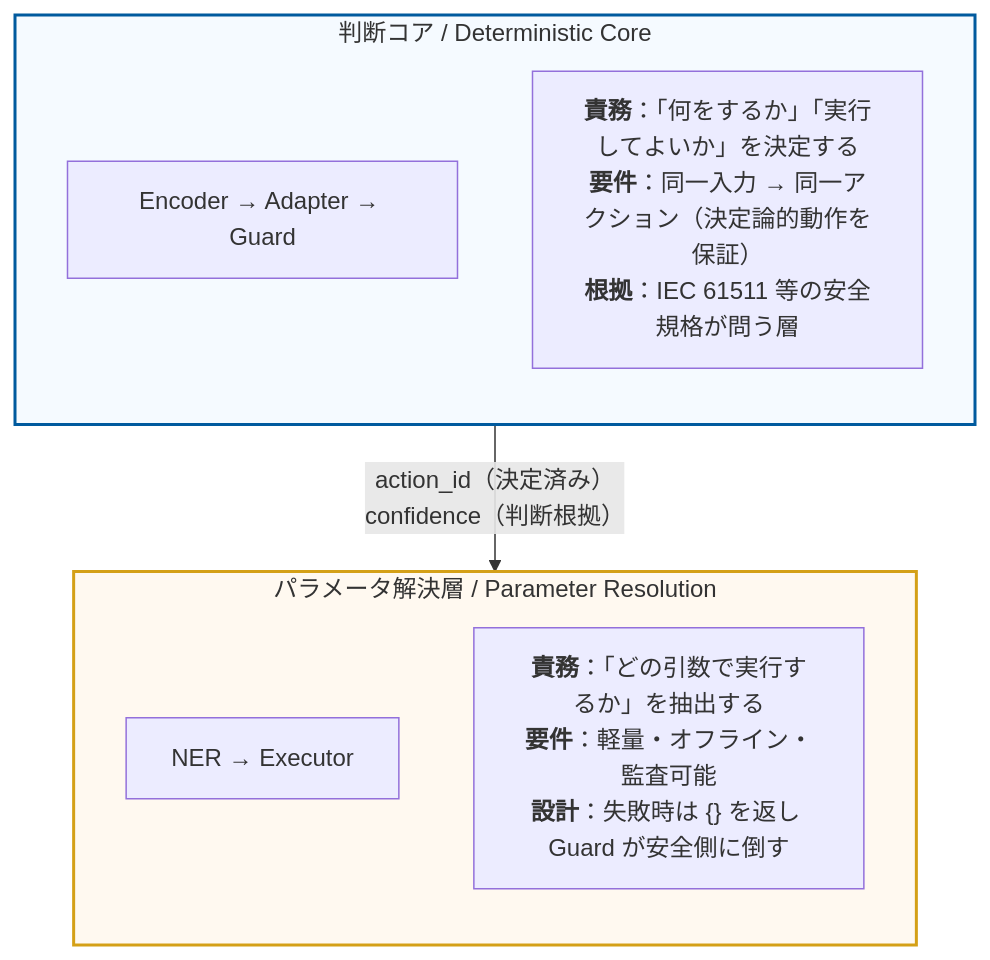
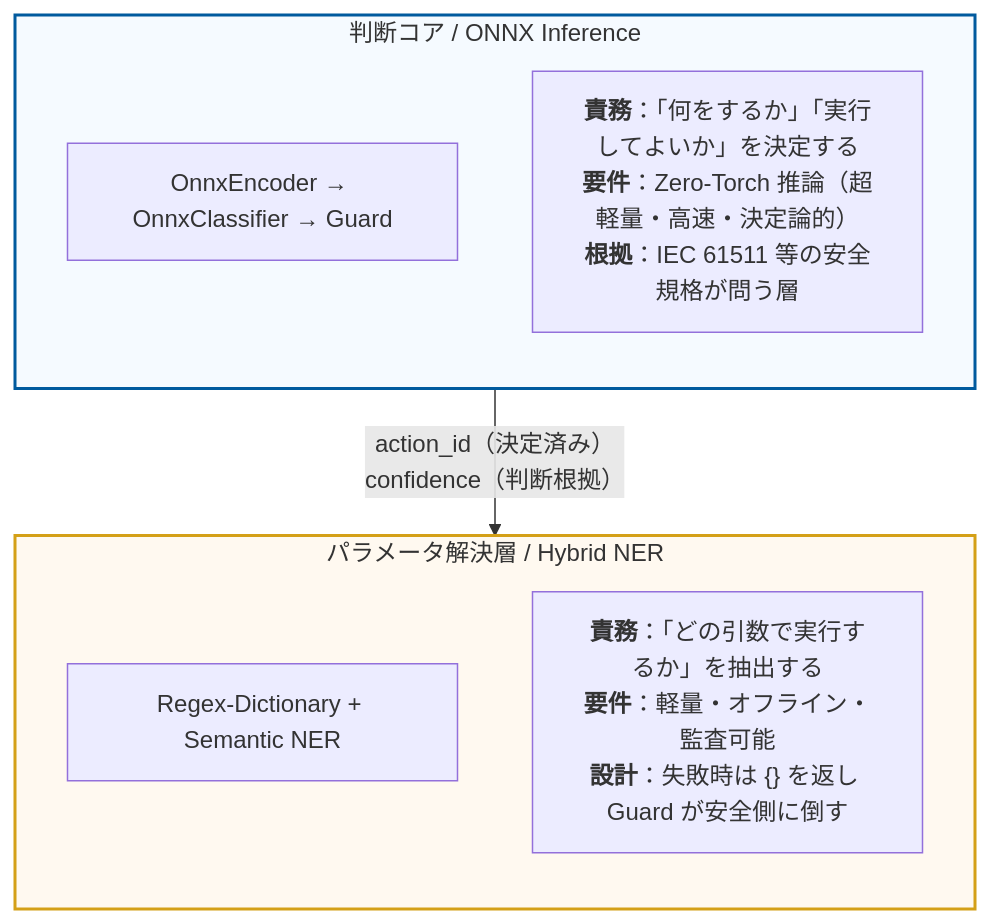
Before and after one commit to yosh95/deterministic-ai-agent: the second of 3 diagrams in README.md, drawn with Mermaid. The commit also changed other lines of this file and 18 other files, not shown here.

First line of the commit message:
feat: implement Hybrid ONNX system for zero-torch inference

````diff
--- a/README.md
+++ b/README.md
@@ -55,19 +45,19 @@
 ```mermaid
 flowchart TD
-    subgraph Core [判断コア / Deterministic Core]
+    subgraph Core [判断コア / ONNX Inference]
         direction TB
-        C1["Encoder → Adapter → Guard"]
-        C2["<b>責務</b>：「何をするか」「実行してよいか」を決定する<br/><b>要件</b>：同一入力 → 同一アクション（決定論的動作を保証）<br/><b>根拠</b>：IEC 61511 等の安全規格が問う層"]
+        C1["OnnxEncoder → OnnxClassifier → Guard"]
+        C2["<b>責務</b>：「何をするか」「実行してよいか」を決定する<br/><b>要件</b>：Zero-Torch 推論（超軽量・高速・決定論的）<br/><b>根拠</b>：IEC 61511 等の安全規格が問う層"]
     end
 
     Core -- "action_id（決定済み）<br/>confidence（判断根拠）" --> Param
 
-    subgraph Param [パラメータ解決層 / Parameter Resolution]
+    subgraph Param [パラメータ解決層 / Hybrid NER]
         direction TB
-        P1["NER → Executor"]
+        P1["Regex-Dictionary + Semantic NER"]
         P2["<b>責務</b>：「どの引数で実行するか」を抽出する<br/><b>要件</b>：軽量・オフライン・監査可能<br/><b>設計</b>：失敗時は {} を返し Guard が安全側に倒す"]
     end
 
     style Core fill:#f5faff,stroke:#005a9e,stroke-width:2px
     style Param fill:#fff9f0,stroke:#d4a017,stroke-width:2px
 ```
````
